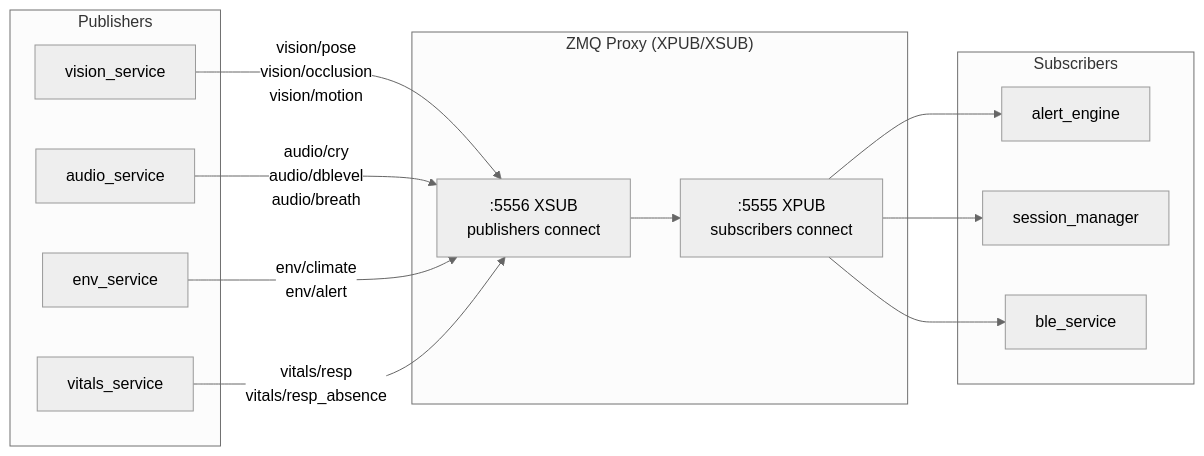
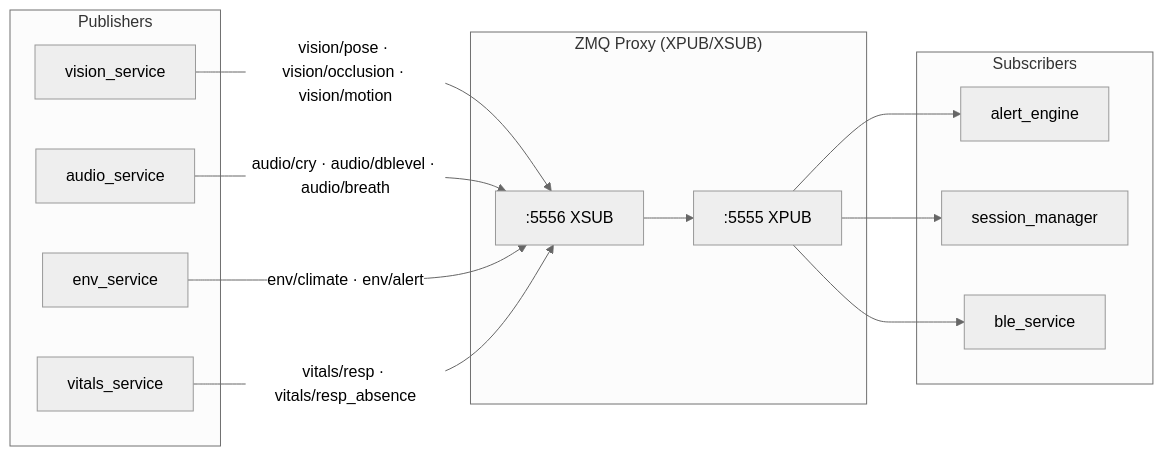
The first of 5 diagrams in README.md (Hrushikesh-ramilla/Noctivana), drawn with Mermaid (neutral theme) before and after one commit. The commit also changed other lines of this file, not shown here.

Commit message:
docs: add architecture/pipeline/sensor/app/privacy images to README

````diff
--- a/README.md
+++ b/README.md
@@ -194,30 +139,30 @@
 ```mermaid
 graph LR
     subgraph Publishers
         VS[vision_service]
         AS[audio_service]
         ES[env_service]
         VT[vitals_service]
     end
 
-    subgraph ZMQ_Proxy["ZMQ Proxy (XPUB/XSUB)"]
-        XSUB[":5556 XSUB\npublishers connect"]
-        XPUB[":5555 XPUB\nsubscribers connect"]
+    subgraph Proxy["ZMQ Proxy (XPUB/XSUB)"]
+        XSUB[":5556 XSUB"]
+        XPUB[":5555 XPUB"]
         XSUB --> XPUB
     end
 
     subgraph Subscribers
         AE[alert_engine]
         SM[session_manager]
         BLE[ble_service]
     end
 
-    VS -->|vision/pose\nvision/occlusion\nvision/motion| XSUB
-    AS -->|audio/cry\naudio/dblevel\naudio/breath| XSUB
-    ES -->|env/climate\nenv/alert| XSUB
-    VT -->|vitals/resp\nvitals/resp_absence| XSUB
+    VS -->|vision/pose · vision/occlusion · vision/motion| XSUB
+    AS -->|audio/cry · audio/dblevel · audio/breath| XSUB
+    ES -->|env/climate · env/alert| XSUB
+    VT -->|vitals/resp · vitals/resp_absence| XSUB
 
     XPUB --> AE
     XPUB --> SM
     XPUB --> BLE
 ```
````
